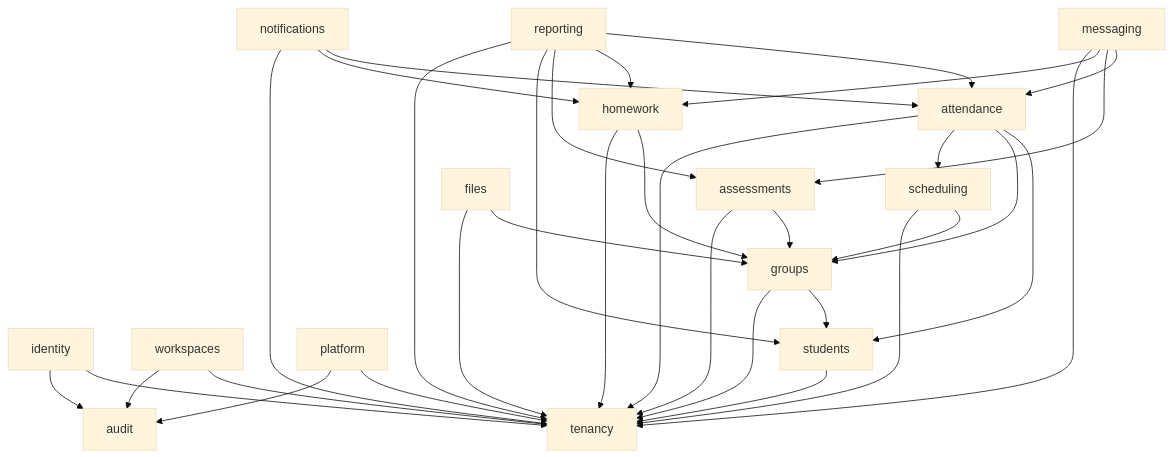
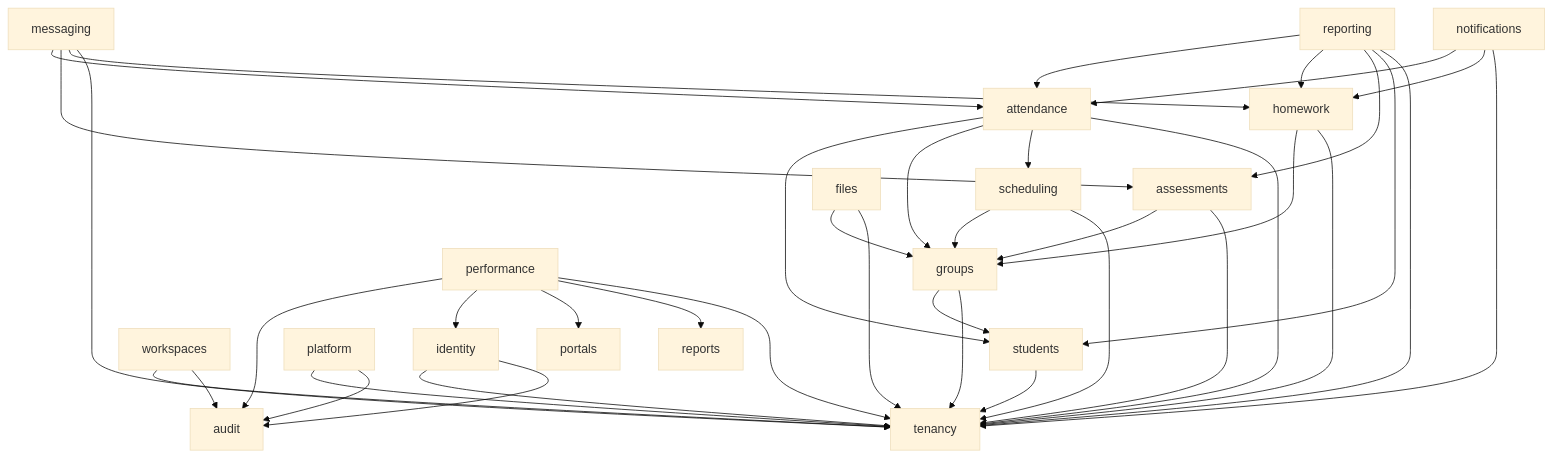
One commit to CipherShade/Kashkol changed the second of 5 diagrams in docs/ARCHITECTURE.md. Above: the diagram before and after it, drawn with Mermaid (base theme). The commit also changed other lines of this file and 55 other files, not shown here.

````diff
--- a/docs/ARCHITECTURE.md
+++ b/docs/ARCHITECTURE.md
@@ -322,52 +323,59 @@
 ```mermaid
 flowchart TD
     tenancy["tenancy"]
     audit["audit"]
     identity["identity"]
     workspaces["workspaces"]
     students["students"]
     groups["groups"]
     scheduling["scheduling"]
     attendance["attendance"]
     homework["homework"]
     assessments["assessments"]
     messaging["messaging"]
     files["files"]
     reporting["reporting"]
     notifications["notifications"]
     platform["platform"]
+    portals["portals"]
+    performance["performance"]
 
     identity --> tenancy
     identity --> audit
     workspaces --> tenancy
     workspaces --> audit
     students --> tenancy
     groups --> students
     groups --> tenancy
     scheduling --> groups
     scheduling --> tenancy
     attendance --> students
     attendance --> groups
     attendance --> scheduling
     attendance --> tenancy
     homework --> groups
     homework --> tenancy
     assessments --> groups
     assessments --> tenancy
     messaging --> attendance
     messaging --> assessments
     messaging --> homework
     messaging --> tenancy
     files --> groups
     files --> tenancy
     reporting --> attendance
     reporting --> homework
     reporting --> assessments
     reporting --> students
     reporting --> tenancy
     notifications --> attendance
     notifications --> homework
     notifications --> tenancy
     platform --> tenancy
     platform --> audit
+    performance --> audit
+    performance --> identity
+    performance --> portals
+    performance --> reports
+    performance --> tenancy
 ```
````
